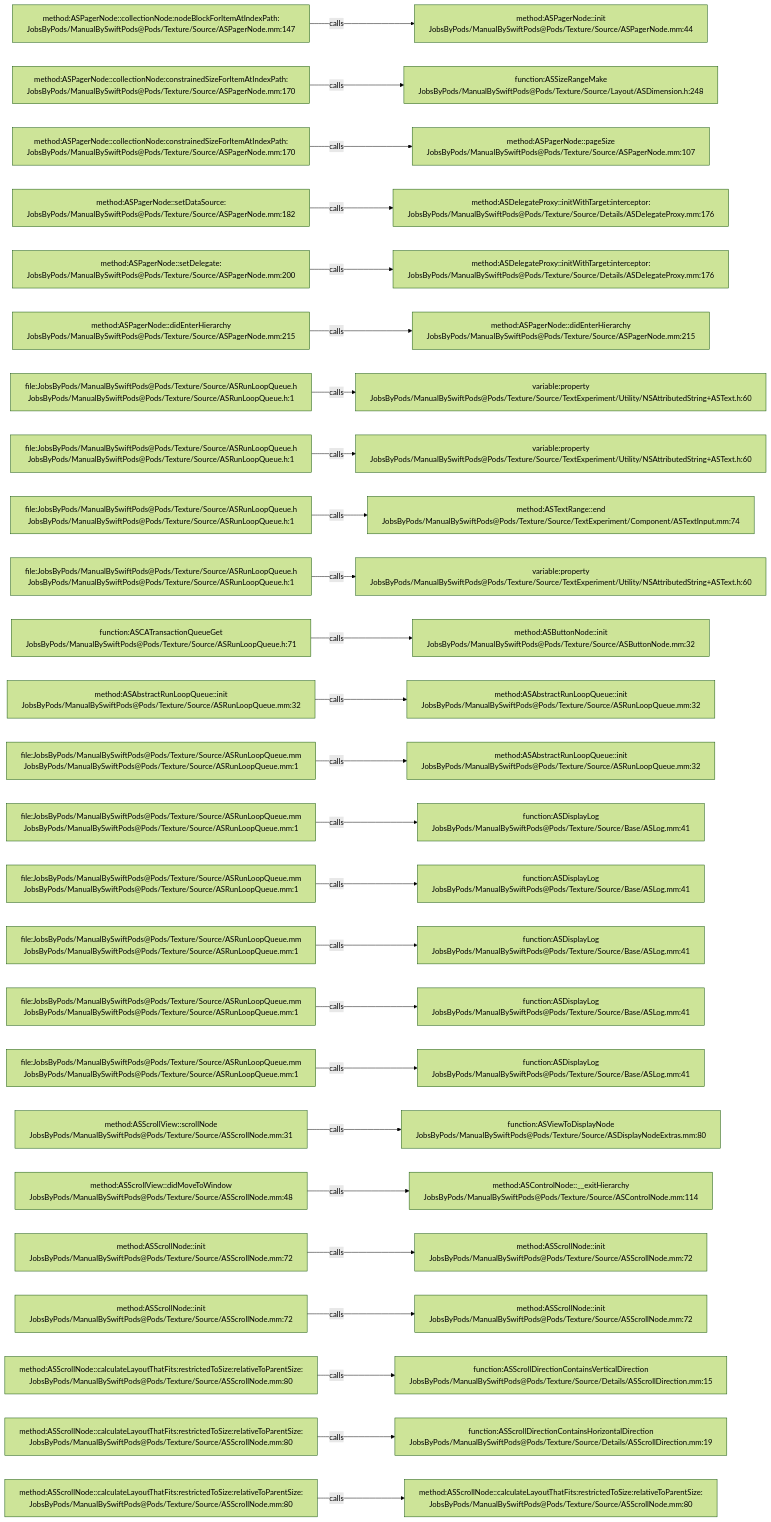
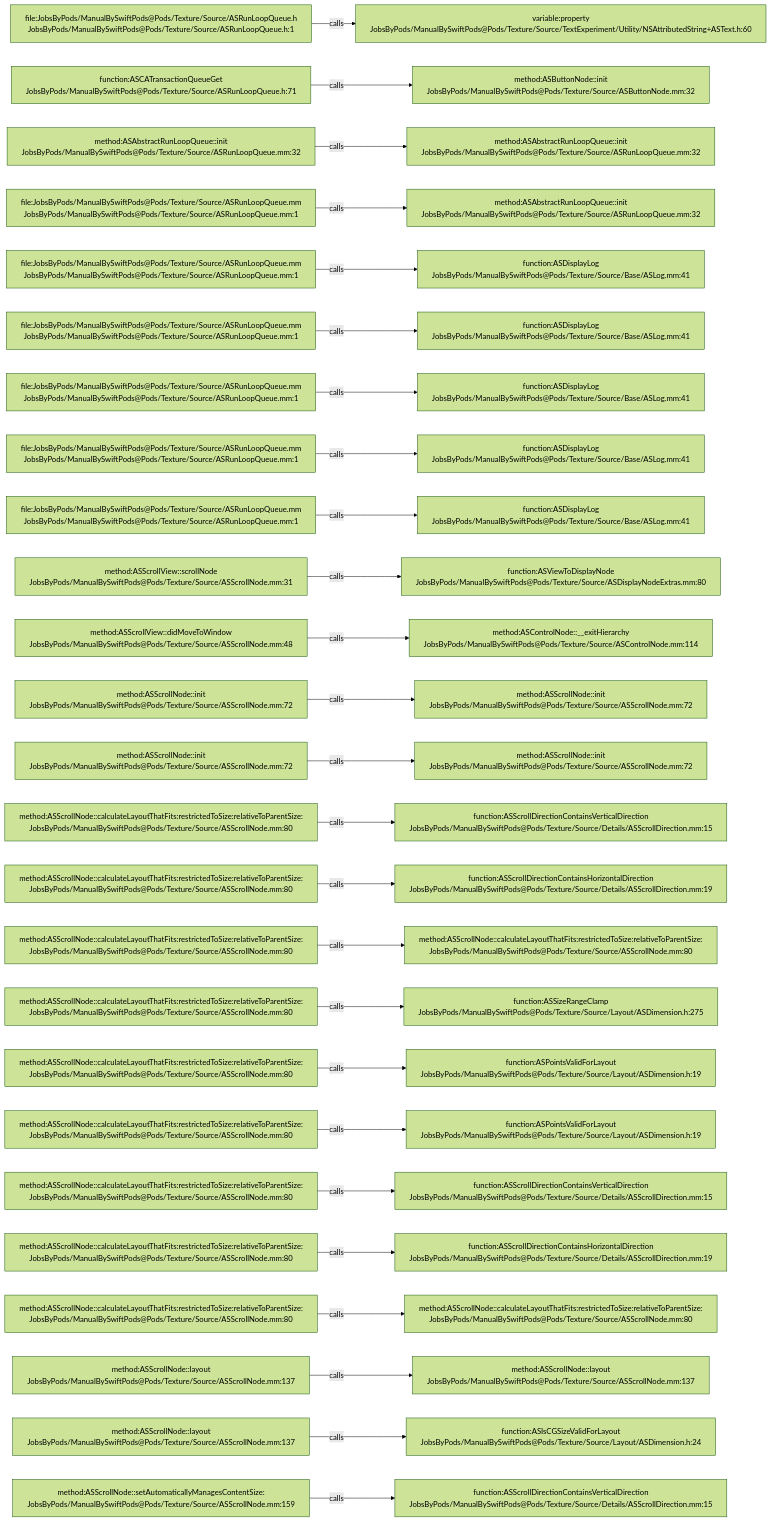
One commit to JobsKits/JobsSwiftBaseConfigDemo changed the diagram in .codegraph/codegraph.md/graphs/calls-053.md. Above: the diagram before and after it, drawn with Mermaid (forest theme). The commit also changed 707 other files, not shown here.

````diff
--- a/.codegraph/codegraph.md/graphs/calls-053.md
+++ b/.codegraph/codegraph.md/graphs/calls-053.md
@@ -13,78 +13,78 @@
 ```mermaid
 flowchart LR
-  S1["method:ASPagerNode::collectionNode:nodeBlockForItemAtIndexPath:<br/>JobsByPods/ManualBySwiftPods@Pods/Texture/Source/ASPagerNode.mm:147"]
-  T1["method:ASPagerNode::init<br/>JobsByPods/ManualBySwiftPods@Pods/Texture/Source/ASPagerNode.mm:44"]
+  S1["file:JobsByPods/ManualBySwiftPods@Pods/Texture/Source/ASRunLoopQueue.h<br/>JobsByPods/ManualBySwiftPods@Pods/Texture/Source/ASRunLoopQueue.h:1"]
+  T1["variable:property<br/>JobsByPods/ManualBySwiftPods@Pods/Texture/Source/TextExperiment/Utility/NSAttributedString+ASText.h:60"]
   S1 -->|calls| T1
-  S2["method:ASPagerNode::collectionNode:constrainedSizeForItemAtIndexPath:<br/>JobsByPods/ManualBySwiftPods@Pods/Texture/Source/ASPagerNode.mm:170"]
-  T2["function:ASSizeRangeMake<br/>JobsByPods/ManualBySwiftPods@Pods/Texture/Source/Layout/ASDimension.h:248"]
+  S2["function:ASCATransactionQueueGet<br/>JobsByPods/ManualBySwiftPods@Pods/Texture/Source/ASRunLoopQueue.h:71"]
+  T2["method:ASButtonNode::init<br/>JobsByPods/ManualBySwiftPods@Pods/Texture/Source/ASButtonNode.mm:32"]
   S2 -->|calls| T2
-  S3["method:ASPagerNode::collectionNode:constrainedSizeForItemAtIndexPath:<br/>JobsByPods/ManualBySwiftPods@Pods/Texture/Source/ASPagerNode.mm:170"]
-  T3["method:ASPagerNode::pageSize<br/>JobsByPods/ManualBySwiftPods@Pods/Texture/Source/ASPagerNode.mm:107"]
+  S3["method:ASAbstractRunLoopQueue::init<br/>JobsByPods/ManualBySwiftPods@Pods/Texture/Source/ASRunLoopQueue.mm:32"]
+  T3["method:ASAbstractRunLoopQueue::init<br/>JobsByPods/ManualBySwiftPods@Pods/Texture/Source/ASRunLoopQueue.mm:32"]
   S3 -->|calls| T3
-  S4["method:ASPagerNode::setDataSource:<br/>JobsByPods/ManualBySwiftPods@Pods/Texture/Source/ASPagerNode.mm:182"]
-  T4["method:ASDelegateProxy::initWithTarget:interceptor:<br/>JobsByPods/ManualBySwiftPods@Pods/Texture/Source/Details/ASDelegateProxy.mm:176"]
+  S4["file:JobsByPods/ManualBySwiftPods@Pods/Texture/Source/ASRunLoopQueue.mm<br/>JobsByPods/ManualBySwiftPods@Pods/Texture/Source/ASRunLoopQueue.mm:1"]
+  T4["method:ASAbstractRunLoopQueue::init<br/>JobsByPods/ManualBySwiftPods@Pods/Texture/Source/ASRunLoopQueue.mm:32"]
   S4 -->|calls| T4
-  S5["method:ASPagerNode::setDelegate:<br/>JobsByPods/ManualBySwiftPods@Pods/Texture/Source/ASPagerNode.mm:200"]
-  T5["method:ASDelegateProxy::initWithTarget:interceptor:<br/>JobsByPods/ManualBySwiftPods@Pods/Texture/Source/Details/ASDelegateProxy.mm:176"]
+  S5["file:JobsByPods/ManualBySwiftPods@Pods/Texture/Source/ASRunLoopQueue.mm<br/>JobsByPods/ManualBySwiftPods@Pods/Texture/Source/ASRunLoopQueue.mm:1"]
+  T5["function:ASDisplayLog<br/>JobsByPods/ManualBySwiftPods@Pods/Texture/Source/Base/ASLog.mm:41"]
   S5 -->|calls| T5
-  S6["method:ASPagerNode::didEnterHierarchy<br/>JobsByPods/ManualBySwiftPods@Pods/Texture/Source/ASPagerNode.mm:215"]
-  T6["method:ASPagerNode::didEnterHierarchy<br/>JobsByPods/ManualBySwiftPods@Pods/Texture/Source/ASPagerNode.mm:215"]
+  S6["file:JobsByPods/ManualBySwiftPods@Pods/Texture/Source/ASRunLoopQueue.mm<br/>JobsByPods/ManualBySwiftPods@Pods/Texture/Source/ASRunLoopQueue.mm:1"]
+  T6["function:ASDisplayLog<br/>JobsByPods/ManualBySwiftPods@Pods/Texture/Source/Base/ASLog.mm:41"]
   S6 -->|calls| T6
-  S7["file:JobsByPods/ManualBySwiftPods@Pods/Texture/Source/ASRunLoopQueue.h<br/>JobsByPods/ManualBySwiftPods@Pods/Texture/Source/ASRunLoopQueue.h:1"]
-  T7["variable:property<br/>JobsByPods/ManualBySwiftPods@Pods/Texture/Source/TextExperiment/Utility/NSAttributedString+ASText.h:60"]
+  S7["file:JobsByPods/ManualBySwiftPods@Pods/Texture/Source/ASRunLoopQueue.mm<br/>JobsByPods/ManualBySwiftPods@Pods/Texture/Source/ASRunLoopQueue.mm:1"]
+  T7["function:ASDisplayLog<br/>JobsByPods/ManualBySwiftPods@Pods/Texture/Source/Base/ASLog.mm:41"]
   S7 -->|calls| T7
-  S8["file:JobsByPods/ManualBySwiftPods@Pods/Texture/Source/ASRunLoopQueue.h<br/>JobsByPods/ManualBySwiftPods@Pods/Texture/Source/ASRunLoopQueue.h:1"]
-  T8["variable:property<br/>JobsByPods/ManualBySwiftPods@Pods/Texture/Source/TextExperiment/Utility/NSAttributedString+ASText.h:60"]
+  S8["file:JobsByPods/ManualBySwiftPods@Pods/Texture/Source/ASRunLoopQueue.mm<br/>JobsByPods/ManualBySwiftPods@Pods/Texture/Source/ASRunLoopQueue.mm:1"]
+  T8["function:ASDisplayLog<br/>JobsByPods/ManualBySwiftPods@Pods/Texture/Source/Base/ASLog.mm:41"]
   S8 -->|calls| T8
-  S9["file:JobsByPods/ManualBySwiftPods@Pods/Texture/Source/ASRunLoopQueue.h<br/>JobsByPods/ManualBySwiftPods@Pods/Texture/Source/ASRunLoopQueue.h:1"]
-  T9["method:ASTextRange::end<br/>JobsByPods/ManualBySwiftPods@Pods/Texture/Source/TextExperiment/Component/ASTextInput.mm:74"]
+  S9["file:JobsByPods/ManualBySwiftPods@Pods/Texture/Source/ASRunLoopQueue.mm<br/>JobsByPods/ManualBySwiftPods@Pods/Texture/Source/ASRunLoopQueue.mm:1"]
+  T9["function:ASDisplayLog<br/>JobsByPods/ManualBySwiftPods@Pods/Texture/Source/Base/ASLog.mm:41"]
   S9 -->|calls| T9
-  S10["file:JobsByPods/ManualBySwiftPods@Pods/Texture/Source/ASRunLoopQueue.h<br/>JobsByPods/ManualBySwiftPods@Pods/Texture/Source/ASRunLoopQueue.h:1"]
-  T10["variable:property<br/>JobsByPods/ManualBySwiftPods@Pods/Texture/Source/TextExperiment/Utility/NSAttributedString+ASText.h:60"]
+  S10["method:ASScrollView::scrollNode<br/>JobsByPods/ManualBySwiftPods@Pods/Texture/Source/ASScrollNode.mm:31"]
+  T10["function:ASViewToDisplayNode<br/>JobsByPods/ManualBySwiftPods@Pods/Texture/Source/ASDisplayNodeExtras.mm:80"]
   S10 -->|calls| T10
-  S11["function:ASCATransactionQueueGet<br/>JobsByPods/ManualBySwiftPods@Pods/Texture/Source/ASRunLoopQueue.h:71"]
-  T11["method:ASButtonNode::init<br/>JobsByPods/ManualBySwiftPods@Pods/Texture/Source/ASButtonNode.mm:32"]
+  S11["method:ASScrollView::didMoveToWindow<br/>JobsByPods/ManualBySwiftPods@Pods/Texture/Source/ASScrollNode.mm:48"]
+  T11["method:ASControlNode::__exitHierarchy<br/>JobsByPods/ManualBySwiftPods@Pods/Texture/Source/ASControlNode.mm:114"]
   S11 -->|calls| T11
-  S12["method:ASAbstractRunLoopQueue::init<br/>JobsByPods/ManualBySwiftPods@Pods/Texture/Source/ASRunLoopQueue.mm:32"]
-  T12["method:ASAbstractRunLoopQueue::init<br/>JobsByPods/ManualBySwiftPods@Pods/Texture/Source/ASRunLoopQueue.mm:32"]
+  S12["method:ASScrollNode::init<br/>JobsByPods/ManualBySwiftPods@Pods/Texture/Source/ASScrollNode.mm:72"]
+  T12["method:ASScrollNode::init<br/>JobsByPods/ManualBySwiftPods@Pods/Texture/Source/ASScrollNode.mm:72"]
   S12 -->|calls| T12
-  S13["file:JobsByPods/ManualBySwiftPods@Pods/Texture/Source/ASRunLoopQueue.mm<br/>JobsByPods/ManualBySwiftPods@Pods/Texture/Source/ASRunLoopQueue.mm:1"]
-  T13["method:ASAbstractRunLoopQueue::init<br/>JobsByPods/ManualBySwiftPods@Pods/Texture/Source/ASRunLoopQueue.mm:32"]
+  S13["method:ASScrollNode::init<br/>JobsByPods/ManualBySwiftPods@Pods/Texture/Source/ASScrollNode.mm:72"]
+  T13["method:ASScrollNode::init<br/>JobsByPods/ManualBySwiftPods@Pods/Texture/Source/ASScrollNode.mm:72"]
   S13 -->|calls| T13
-  S14["file:JobsByPods/ManualBySwiftPods@Pods/Texture/Source/ASRunLoopQueue.mm<br/>JobsByPods/ManualBySwiftPods@Pods/Texture/Source/ASRunLoopQueue.mm:1"]
-  T14["function:ASDisplayLog<br/>JobsByPods/ManualBySwiftPods@Pods/Texture/Source/Base/ASLog.mm:41"]
+  S14["method:ASScrollNode::calculateLayoutThatFits:restrictedToSize:relativeToParentSize:<br/>JobsByPods/ManualBySwiftPods@Pods/Texture/Source/ASScrollNode.mm:80"]
+  T14["function:ASScrollDirectionContainsVerticalDirection<br/>JobsByPods/ManualBySwiftPods@Pods/Texture/Source/Details/ASScrollDirection.mm:15"]
   S14 -->|calls| T14
-  S15["file:JobsByPods/ManualBySwiftPods@Pods/Texture/Source/ASRunLoopQueue.mm<br/>JobsByPods/ManualBySwiftPods@Pods/Texture/Source/ASRunLoopQueue.mm:1"]
-  T15["function:ASDisplayLog<br/>JobsByPods/ManualBySwiftPods@Pods/Texture/Source/Base/ASLog.mm:41"]
+  S15["method:ASScrollNode::calculateLayoutThatFits:restrictedToSize:relativeToParentSize:<br/>JobsByPods/ManualBySwiftPods@Pods/Texture/Source/ASScrollNode.mm:80"]
+  T15["function:ASScrollDirectionContainsHorizontalDirection<br/>JobsByPods/ManualBySwiftPods@Pods/Texture/Source/Details/ASScrollDirection.mm:19"]
   S15 -->|calls| T15
-  S16["file:JobsByPods/ManualBySwiftPods@Pods/Texture/Source/ASRunLoopQueue.mm<br/>JobsByPods/ManualBySwiftPods@Pods/Texture/Source/ASRunLoopQueue.mm:1"]
-  T16["function:ASDisplayLog<br/>JobsByPods/ManualBySwiftPods@Pods/Texture/Source/Base/ASLog.mm:41"]
+  S16["method:ASScrollNode::calculateLayoutThatFits:restrictedToSize:relativeToParentSize:<br/>JobsByPods/ManualBySwiftPods@Pods/Texture/Source/ASScrollNode.mm:80"]
+  T16["method:ASScrollNode::calculateLayoutThatFits:restrictedToSize:relativeToParentSize:<br/>JobsByPods/ManualBySwiftPods@Pods/Texture/Source/ASScrollNode.mm:80"]
   S16 -->|calls| T16
-  S17["file:JobsByPods/ManualBySwiftPods@Pods/Texture/Source/ASRunLoopQueue.mm<br/>JobsByPods/ManualBySwiftPods@Pods/Texture/Source/ASRunLoopQueue.mm:1"]
-  T17["function:ASDisplayLog<br/>JobsByPods/ManualBySwiftPods@Pods/Texture/Source/Base/ASLog.mm:41"]
+  S17["method:ASScrollNode::calculateLayoutThatFits:restrictedToSize:relativeToParentSize:<br/>JobsByPods/ManualBySwiftPods@Pods/Texture/Source/ASScrollNode.mm:80"]
+  T17["function:ASSizeRangeClamp<br/>JobsByPods/ManualBySwiftPods@Pods/Texture/Source/Layout/ASDimension.h:275"]
   S17 -->|calls| T17
-  S18["file:JobsByPods/ManualBySwiftPods@Pods/Texture/Source/ASRunLoopQueue.mm<br/>JobsByPods/ManualBySwiftPods@Pods/Texture/Source/ASRunLoopQueue.mm:1"]
-  T18["function:ASDisplayLog<br/>JobsByPods/ManualBySwiftPods@Pods/Texture/Source/Base/ASLog.mm:41"]
+  S18["method:ASScrollNode::calculateLayoutThatFits:restrictedToSize:relativeToParentSize:<br/>JobsByPods/ManualBySwiftPods@Pods/Texture/Source/ASScrollNode.mm:80"]
+  T18["function:ASPointsValidForLayout<br/>JobsByPods/ManualBySwiftPods@Pods/Texture/Source/Layout/ASDimension.h:19"]
   S18 -->|calls| T18
-  S19["method:ASScrollView::scrollNode<br/>JobsByPods/ManualBySwiftPods@Pods/Texture/Source/ASScrollNode.mm:31"]
-  T19["function:ASViewToDisplayNode<br/>JobsByPods/ManualBySwiftPods@Pods/Texture/Source/ASDisplayNodeExtras.mm:80"]
+  S19["method:ASScrollNode::calculateLayoutThatFits:restrictedToSize:relativeToParentSize:<br/>JobsByPods/ManualBySwiftPods@Pods/Texture/Source/ASScrollNode.mm:80"]
+  T19["function:ASPointsValidForLayout<br/>JobsByPods/ManualBySwiftPods@Pods/Texture/Source/Layout/ASDimension.h:19"]
   S19 -->|calls| T19
-  S20["method:ASScrollView::didMoveToWindow<br/>JobsByPods/ManualBySwiftPods@Pods/Texture/Source/ASScrollNode.mm:48"]
-  T20["method:ASControlNode::__exitHierarchy<br/>JobsByPods/ManualBySwiftPods@Pods/Texture/Source/ASControlNode.mm:114"]
+  S20["method:ASScrollNode::calculateLayoutThatFits:restrictedToSize:relativeToParentSize:<br/>JobsByPods/ManualBySwiftPods@Pods/Texture/Source/ASScrollNode.mm:80"]
+  T20["function:ASScrollDirectionContainsVerticalDirection<br/>JobsByPods/ManualBySwiftPods@Pods/Texture/Source/Details/ASScrollDirection.mm:15"]
   S20 -->|calls| T20
-  S21["method:ASScrollNode::init<br/>JobsByPods/ManualBySwiftPods@Pods/Texture/Source/ASScrollNode.mm:72"]
-  T21["method:ASScrollNode::init<br/>JobsByPods/ManualBySwiftPods@Pods/Texture/Source/ASScrollNode.mm:72"]
+  S21["method:ASScrollNode::calculateLayoutThatFits:restrictedToSize:relativeToParentSize:<br/>JobsByPods/ManualBySwiftPods@Pods/Texture/Source/ASScrollNode.mm:80"]
+  T21["function:ASScrollDirectionContainsHorizontalDirection<br/>JobsByPods/ManualBySwiftPods@Pods/Texture/Source/Details/ASScrollDirection.mm:19"]
   S21 -->|calls| T21
-  S22["method:ASScrollNode::init<br/>JobsByPods/ManualBySwiftPods@Pods/Texture/Source/ASScrollNode.mm:72"]
-  T22["method:ASScrollNode::init<br/>JobsByPods/ManualBySwiftPods@Pods/Texture/Source/ASScrollNode.mm:72"]
+  S22["method:ASScrollNode::calculateLayoutThatFits:restrictedToSize:relativeToParentSize:<br/>JobsByPods/ManualBySwiftPods@Pods/Texture/Source/ASScrollNode.mm:80"]
+  T22["method:ASScrollNode::calculateLayoutThatFits:restrictedToSize:relativeToParentSize:<br/>JobsByPods/ManualBySwiftPods@Pods/Texture/Source/ASScrollNode.mm:80"]
   S22 -->|calls| T22
-  S23["method:ASScrollNode::calculateLayoutThatFits:restrictedToSize:relativeToParentSize:<br/>JobsByPods/ManualBySwiftPods@Pods/Texture/Source/ASScrollNode.mm:80"]
-  T23["function:ASScrollDirectionContainsVerticalDirection<br/>JobsByPods/ManualBySwiftPods@Pods/Texture/Source/Details/ASScrollDirection.mm:15"]
+  S23["method:ASScrollNode::layout<br/>JobsByPods/ManualBySwiftPods@Pods/Texture/Source/ASScrollNode.mm:137"]
+  T23["method:ASScrollNode::layout<br/>JobsByPods/ManualBySwiftPods@Pods/Texture/Source/ASScrollNode.mm:137"]
   S23 -->|calls| T23
-  S24["method:ASScrollNode::calculateLayoutThatFits:restrictedToSize:relativeToParentSize:<br/>JobsByPods/ManualBySwiftPods@Pods/Texture/Source/ASScrollNode.mm:80"]
-  T24["function:ASScrollDirectionContainsHorizontalDirection<br/>JobsByPods/ManualBySwiftPods@Pods/Texture/Source/Details/ASScrollDirection.mm:19"]
+  S24["method:ASScrollNode::layout<br/>JobsByPods/ManualBySwiftPods@Pods/Texture/Source/ASScrollNode.mm:137"]
+  T24["function:ASIsCGSizeValidForLayout<br/>JobsByPods/ManualBySwiftPods@Pods/Texture/Source/Layout/ASDimension.h:24"]
   S24 -->|calls| T24
-  S25["method:ASScrollNode::calculateLayoutThatFits:restrictedToSize:relativeToParentSize:<br/>JobsByPods/ManualBySwiftPods@Pods/Texture/Source/ASScrollNode.mm:80"]
-  T25["method:ASScrollNode::calculateLayoutThatFits:restrictedToSize:relativeToParentSize:<br/>JobsByPods/ManualBySwiftPods@Pods/Texture/Source/ASScrollNode.mm:80"]
+  S25["method:ASScrollNode::setAutomaticallyManagesContentSize:<br/>JobsByPods/ManualBySwiftPods@Pods/Texture/Source/ASScrollNode.mm:159"]
+  T25["function:ASScrollDirectionContainsVerticalDirection<br/>JobsByPods/ManualBySwiftPods@Pods/Texture/Source/Details/ASScrollDirection.mm:15"]
   S25 -->|calls| T25
 ```
````
